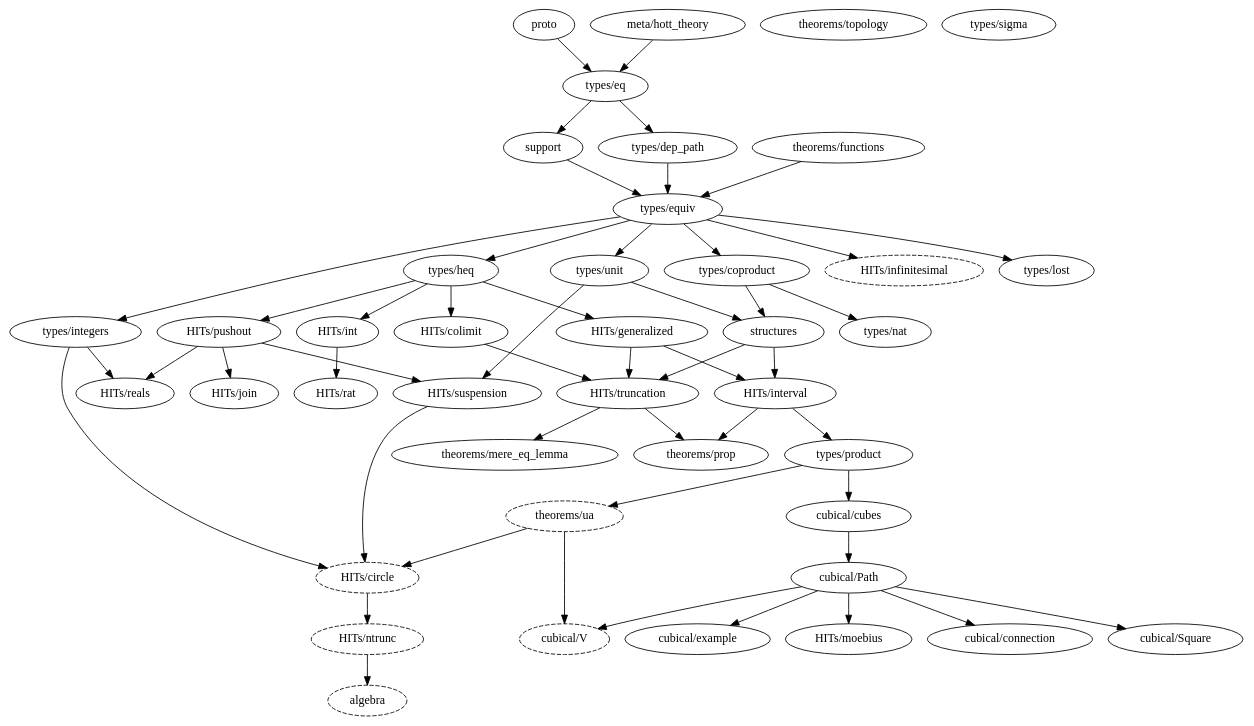
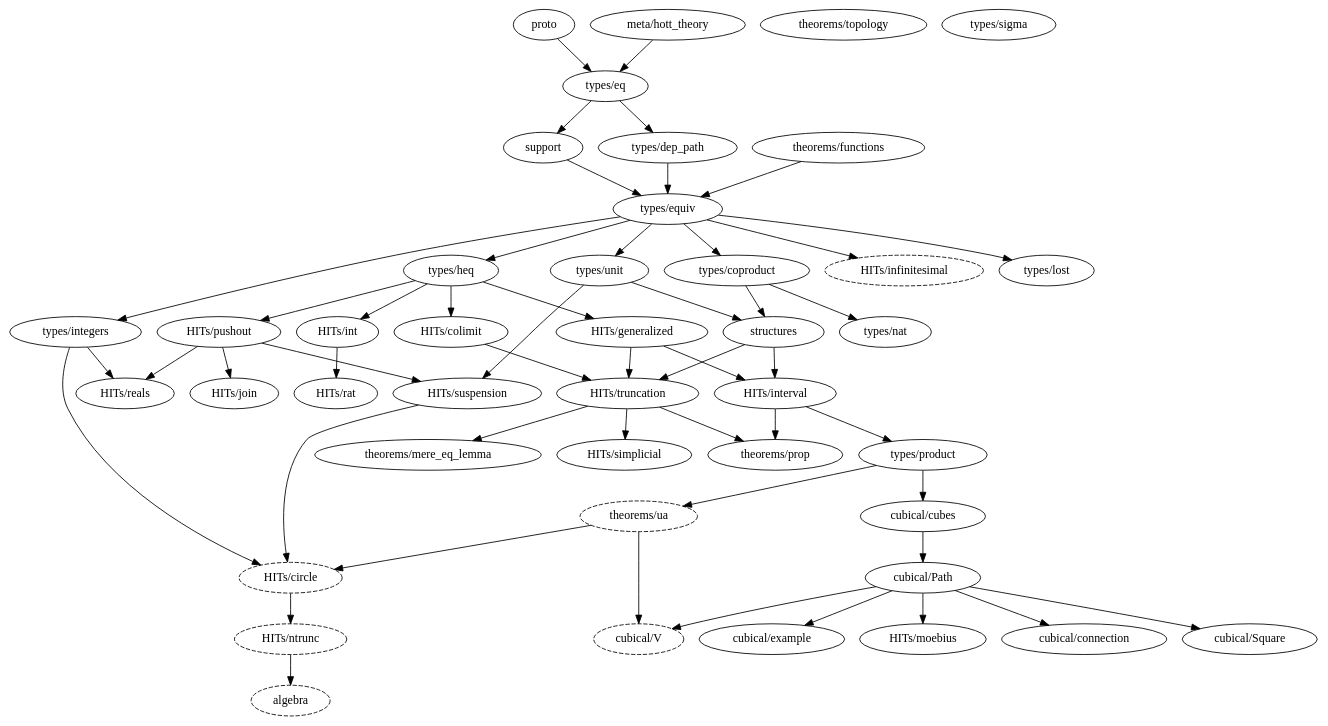
One commit to forked-from-1kasper/ground_zero changed the diagram in dependency_map.gv. Above: the diagram before and after it, drawn with Graphviz. The commit also changed 2 other files, not shown here.

```diff
--- a/dependency_map.gv
+++ b/dependency_map.gv
@@ -1,90 +1,92 @@
 digraph dependency_map {
   proto -> "types/eq"
   "meta/hott_theory" -> "types/eq"
 
   algebra [style=dashed]
   "HITs/ntrunc" -> algebra
 
   "HITs/circle" [style=dashed]
   "types/integers" -> "HITs/circle"
   "HITs/suspension" -> "HITs/circle"
   "theorems/ua" -> "HITs/circle"
 
   "types/heq" -> "HITs/colimit"
 
   "types/heq" -> "HITs/generalized"
 
   "HITs/infinitesimal" [style=dashed]
   "types/equiv" -> "HITs/infinitesimal"
 
   "types/equiv" -> "types/coproduct"
   "types/eq" -> "types/dep_path"
 
   "cubical/Path" -> "cubical/connection"
   "types/product" -> "cubical/cubes"
   "cubical/cubes" -> "cubical/Path"
   "cubical/Path" -> "cubical/Square"
   "cubical/Path" -> "cubical/example"
 
   "cubical/V" [style=dashed]
   "theorems/ua" -> "cubical/V"
   "cubical/Path" -> "cubical/V"
 
   "types/equiv" -> "types/heq"
   "types/equiv" -> "types/integers"
 
   "types/dep_path" -> "types/equiv"
   support -> "types/equiv"
   "theorems/functions" -> "types/equiv"
 
   "types/heq" -> "HITs/int"
 
   "structures" -> "HITs/interval"
   "HITs/generalized" -> "HITs/interval"
 
   "HITs/pushout" -> "HITs/join"
 
   "cubical/Path" -> "HITs/moebius"
 
   "HITs/truncation" -> "theorems/mere_eq_lemma"
 
   "theorems/topology"
 
   "HITs/ntrunc" [style=dashed]
   "HITs/circle" -> "HITs/ntrunc"
 
   "HITs/interval" -> "types/product"
 
   "HITs/interval" -> "theorems/prop"
   "HITs/truncation" -> "theorems/prop"
 
   "types/heq" -> "HITs/pushout"
 
   "HITs/int" -> "HITs/rat"
 
   "HITs/pushout" -> "HITs/reals"
   "types/integers" -> "HITs/reals"
 
+  "HITs/truncation" -> "HITs/simplicial"
+
   "types/unit" -> structures
   "types/coproduct" -> structures
 
   "types/eq" -> support
 
   "HITs/pushout" -> "HITs/suspension"
   "types/unit" -> "HITs/suspension"
 
   structures -> "HITs/truncation"
   "HITs/colimit" -> "HITs/truncation"
   "HITs/generalized" -> "HITs/truncation"
 
   "theorems/ua" [style=dashed]
   "types/product" -> "theorems/ua"
 
   "types/equiv" -> "types/unit"
 
   "types/coproduct" -> "types/nat"
 
   "types/equiv" -> "types/lost"
 
   "types/sigma"
 }
```
